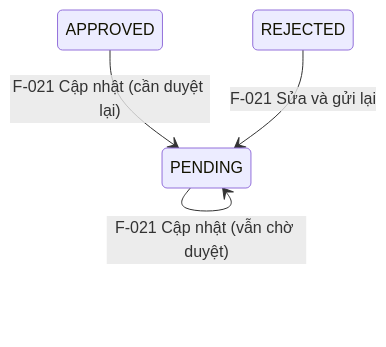
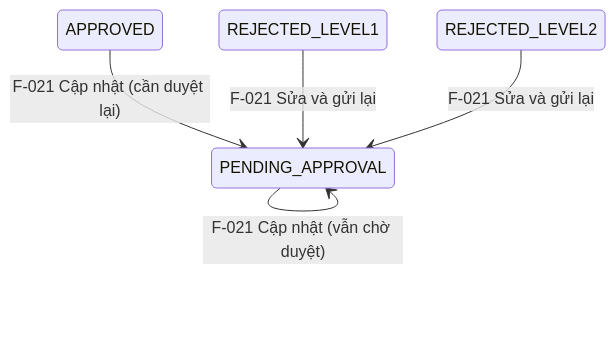
The diagram in docs/modules/M-002-quan-ly-tai-san-kchtgt-cang-ben/_features/F-021-ql-cc-cap-nhat/ba/00-lean-spec.md (trangg21-bit/hang-hai-kchtgt), drawn with Mermaid before and after one commit. The commit also changed other lines of this file and 139 other files, not shown here.

````diff
--- a/docs/modules/M-002-quan-ly-tai-san-kchtgt-cang-ben/_features/F-021-ql-cc-cap-nhat/ba/00-lean-spec.md
+++ b/docs/modules/M-002-quan-ly-tai-san-kchtgt-cang-ben/_features/F-021-ql-cc-cap-nhat/ba/00-lean-spec.md
@@ -68,6 +68,7 @@
 ```mermaid
 stateDiagram-v2
-    PENDING --> PENDING: F-021 Cập nhật (vẫn chờ duyệt)
-    APPROVED --> PENDING: F-021 Cập nhật (cần duyệt lại)
-    REJECTED --> PENDING: F-021 Sửa và gửi lại
+    PENDING_APPROVAL --> PENDING_APPROVAL: F-021 Cập nhật (vẫn chờ duyệt)
+    APPROVED --> PENDING_APPROVAL: F-021 Cập nhật (cần duyệt lại)
+    REJECTED_LEVEL1 --> PENDING_APPROVAL: F-021 Sửa và gửi lại
+    REJECTED_LEVEL2 --> PENDING_APPROVAL: F-021 Sửa và gửi lại
 ```
````
